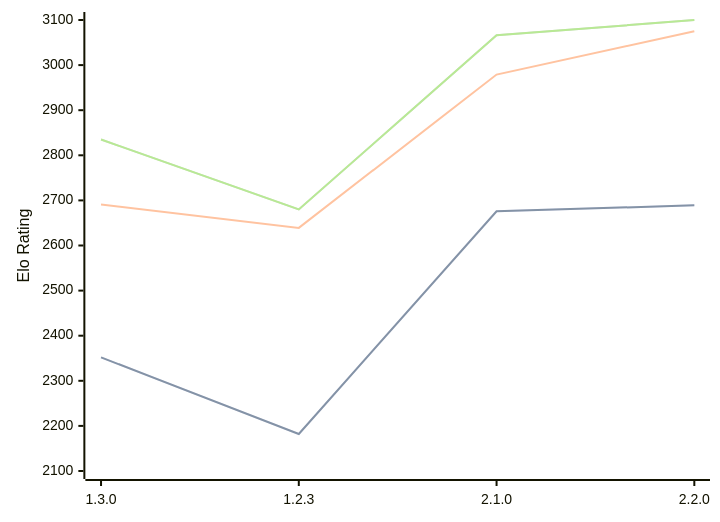
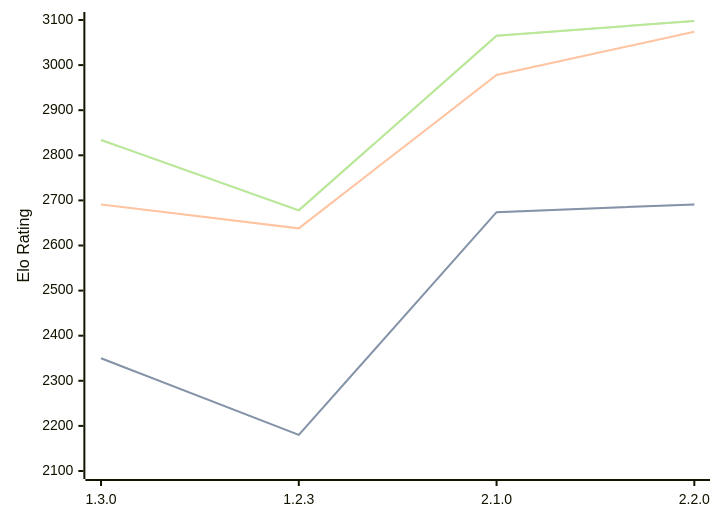
Before and after one commit to computer-chess-index/cci: the diagram in engines/Aspen.md, drawn with Mermaid. The commit also changed other lines of this file, not shown here.

Commit message:
Update CCI Ratings (ELO VLTC) - 2026-08-11

````diff
--- a/engines/Aspen.md
+++ b/engines/Aspen.md
@@ -43,11 +43,11 @@
 ```mermaid
 %%{init: {"theme":"base","themeVariables":{"seriesColors:['#a3a3a3','#222221','#faa371']}}}%%
 xychart-beta
   x-axis ["1.3.0", "1.2.3", "2.1.0", "2.2.0"]
   y-axis "Elo Rating" 2100 --> 3100
-  line "STC (8.0+0.08s)" [2352, 2182, 2676, 2689]
-  line "STC (8.0+0.08s)" [2352, 2182, 2676, 2689]
-  line "LTC (60.0+0.60s)" [2691, 2639, 2979, 3075]
-  line "VLTC (2m24s+1.12s)" [2835, 2680, 3066, 3100]
-  line "VLTC (2m24s+1.12s)" [2835, 2680, 3066, 3100]
+  line "STC (8.0+0.08s)" [2350, 2180, 2674, 2691]
+  line "STC (8.0+0.08s)" [2350, 2180, 2674, 2691]
+  line "LTC (60.0+0.60s)" [2691, 2638, 2978, 3074]
+  line "VLTC (2m24s+1.12s)" [2834, 2678, 3065, 3098]
+  line "VLTC (2m24s+1.12s)" [2834, 2678, 3065, 3098]
 ```
````
